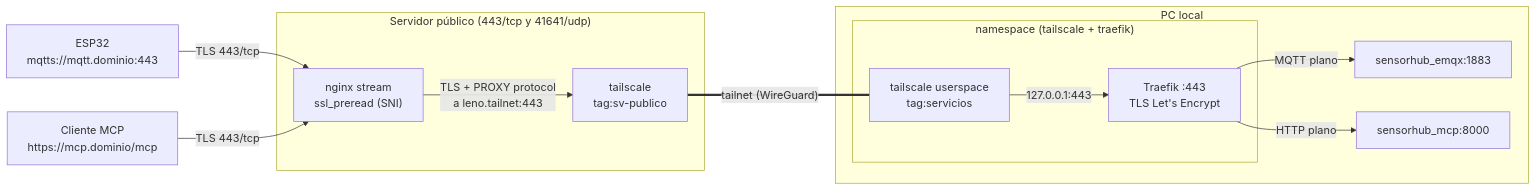
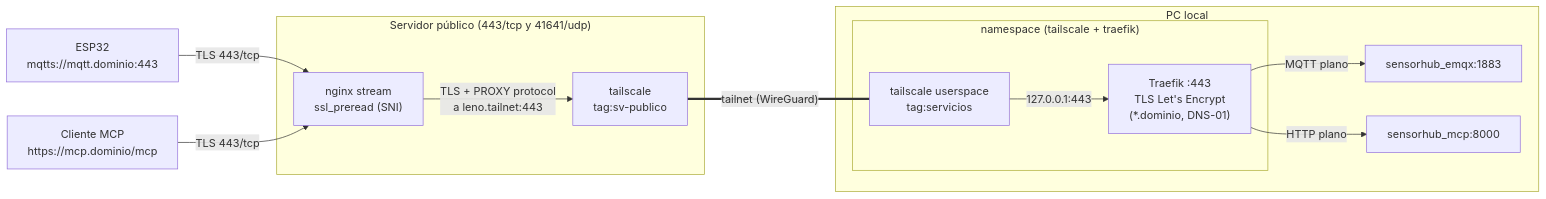
One commit to tpII/2026-g4-sensorhub changed the diagram in Stack/tunel-local/README.md. Above: the diagram before and after it, drawn with Mermaid. The commit also changed other lines of this file and 7 other files, not shown here.

Commit message:
dns challenge en traefik

````diff
--- a/Stack/tunel-local/README.md
+++ b/Stack/tunel-local/README.md
@@ -16,27 +16,27 @@
 ```mermaid
 flowchart LR
     ESP["ESP32<br/>mqtts://mqtt.dominio:443"]
     LLM["Cliente MCP<br/>https://mcp.dominio/mcp"]
 
     subgraph PUB["Servidor público (443/tcp y 41641/udp)"]
         NGX["nginx stream<br/>ssl_preread (SNI)"]
         TSS["tailscale<br/>tag:sv-publico"]
     end
 
     subgraph LOCAL["PC local"]
         subgraph NS["namespace (tailscale + traefik)"]
             TSC["tailscale userspace<br/>tag:servicios"]
-            TRK["Traefik :443<br/>TLS Let's Encrypt"]
+            TRK["Traefik :443<br/>TLS Let's Encrypt<br/>(*.dominio, DNS-01)"]
         end
         EMQX["sensorhub_emqx:1883"]
         MCP["sensorhub_mcp:8000"]
     end
 
     ESP -->|"TLS 443/tcp"| NGX
     LLM -->|"TLS 443/tcp"| NGX
     NGX -->|"TLS + PROXY protocol<br/>a leno.tailnet:443"| TSS
     TSS ===|"tailnet (WireGuard)"| TSC
     TSC -->|"127.0.0.1:443"| TRK
     TRK -->|"MQTT plano"| EMQX
     TRK -->|"HTTP plano"| MCP
 ```
````
